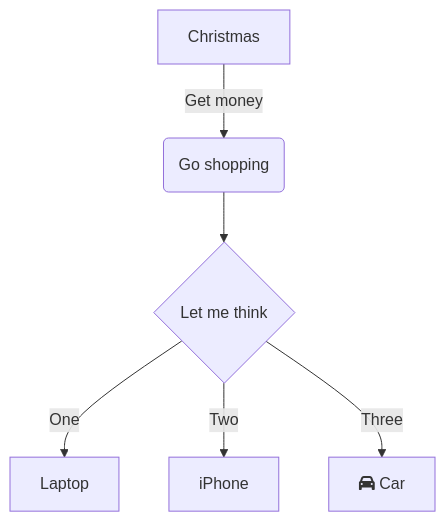
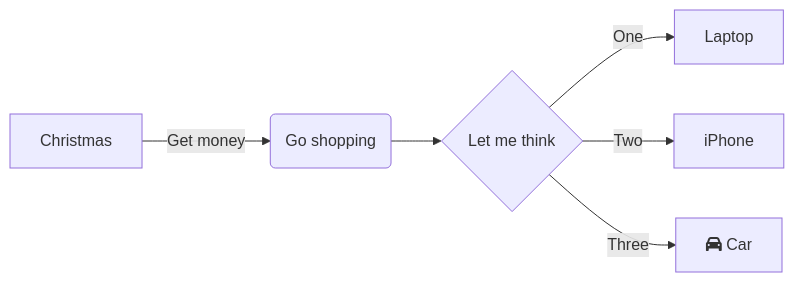
One commit to xuxiangwen/xuxiangwen.github.io changed the second of 2 diagrams in _posts/jekyll-markdown-skills.md. Above: the diagram before and after it, drawn with Mermaid. The commit also changed other lines of this file, not shown here.

```diff
--- a/_posts/jekyll-markdown-skills.md
+++ b/_posts/jekyll-markdown-skills.md
@@ -218,8 +189,8 @@
 ~~~mermaid
-graph TD;
+graph LR;
 A[Christmas] -->|Get money| B(Go shopping);
 B --> C{Let me think};
 C -->|One| D[Laptop];
 C -->|Two| E[iPhone];
 C -->|Three| F[fa:fa-car Car];
 ~~~
```
